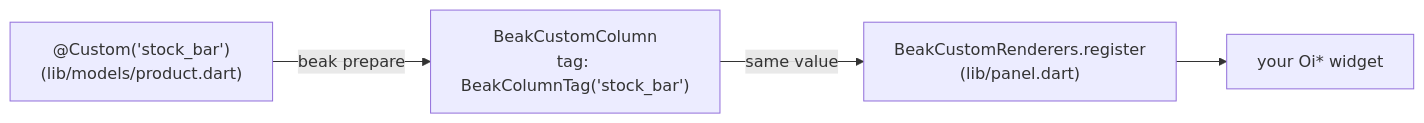
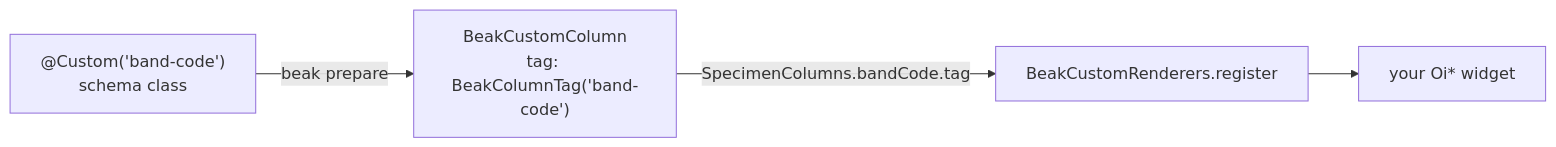
The diagram in docs/extending/custom-columns.md (SimonErich/beak), drawn with Mermaid before and after one commit. The commit also changed other lines of this file and 6 other files, not shown here.

Commit message:
docs(extending): custom columns, blocks, data sources, transports, storage drivers and standalone widgets, run in scratch projects

````diff
--- a/docs/extending/custom-columns.md
+++ b/docs/extending/custom-columns.md
@@ -44,6 +50,6 @@
 ```mermaid
 flowchart LR
-  A["@Custom('stock_bar')<br/>(lib/models/product.dart)"] -- "beak prepare" --> B["BeakCustomColumn<br/>tag: BeakColumnTag('stock_bar')"]
-  B -- "same value" --> C["BeakCustomRenderers.register<br/>(lib/panel.dart)"]
+  A["@Custom('band-code')<br/>schema class"] -- "beak prepare" --> B["BeakCustomColumn<br/>tag: BeakColumnTag('band-code')"]
+  B -- "SpecimenColumns.bandCode.tag" --> C["BeakCustomRenderers.register"]
   C --> D["your Oi* widget"]
 ```
````
